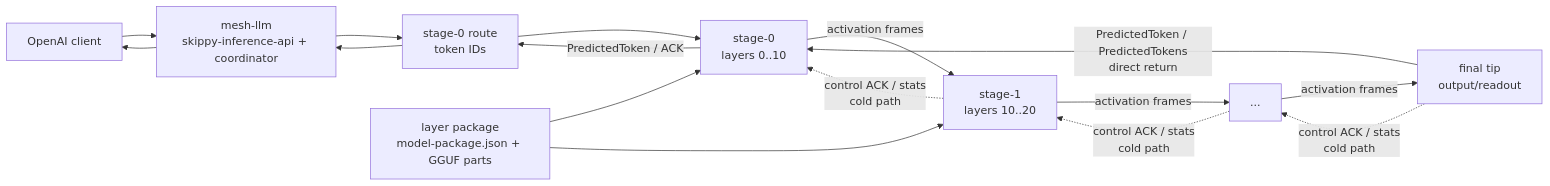
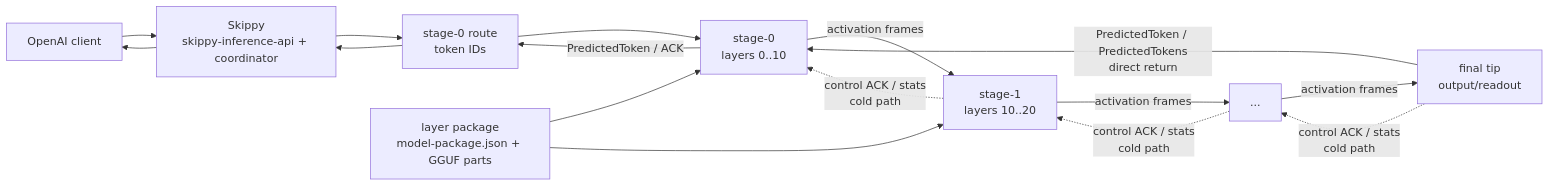
The first of 3 diagrams in crates/skippy-serving/README.md (Mesh-LLM/skippy), drawn with Mermaid before and after one commit. The commit also changed other lines of this file and 463 other files, not shown here.

````diff
--- a/crates/skippy-serving/README.md
+++ b/crates/skippy-serving/README.md
@@ -49,20 +49,20 @@
 ```mermaid
 flowchart LR
-    C["OpenAI client"] --> Mesh["mesh-llm<br/>skippy-inference-api + coordinator"]
-    Mesh --> D["stage-0 route<br/>token IDs"]
+    C["OpenAI client"] --> Host["Skippy<br/>skippy-inference-api + coordinator"]
+    Host --> D["stage-0 route<br/>token IDs"]
     D --> S0["stage-0<br/>layers 0..10"]
     S0 -->|activation frames| S1["stage-1<br/>layers 10..20"]
     S1 -->|activation frames| S2["..."]
     S2 -->|activation frames| SF["final tip<br/>output/readout"]
     SF -->|PredictedToken / PredictedTokens<br/>direct return| S0
     S0 -->|PredictedToken / ACK| D
-    D --> Mesh
-    Mesh --> C
+    D --> Host
+    Host --> C
 
     SF -.->|control ACK / stats<br/>cold path| S2
     S2 -.->|control ACK / stats<br/>cold path| S1
     S1 -.->|control ACK / stats<br/>cold path| S0
 
     P["layer package<br/>model-package.json + GGUF parts"] --> S0
     P --> S1
 ```
````
